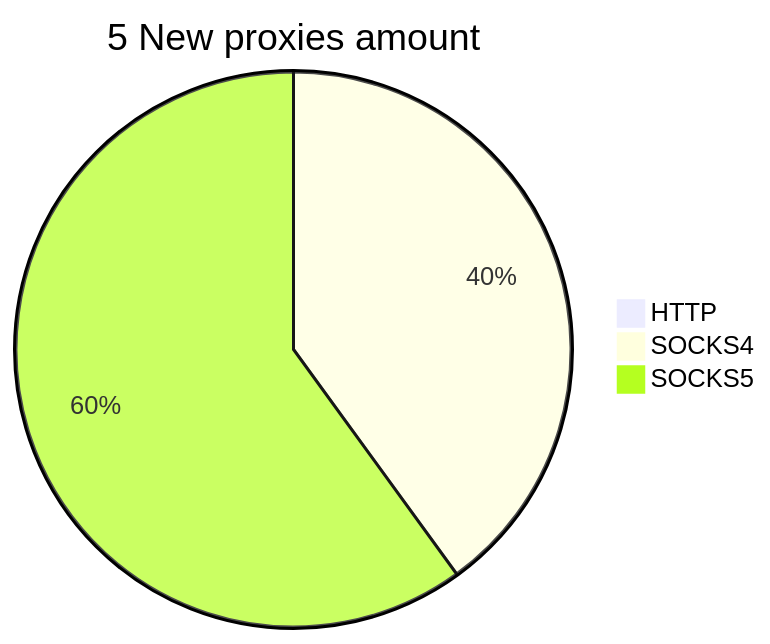
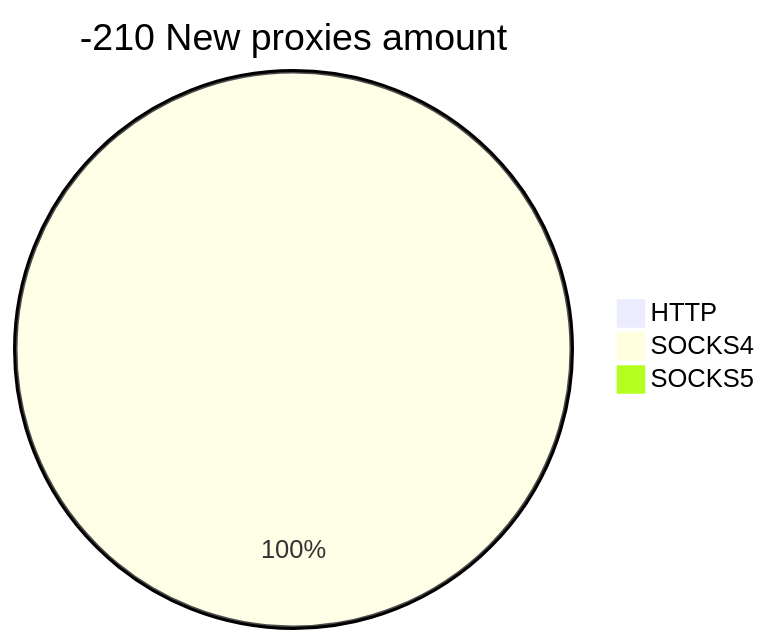
The second of 2 diagrams in README.md (cutipu/proxylist), drawn with Mermaid before and after one commit. The commit also changed other lines of this file, not shown here.

````diff
--- a/README.md
+++ b/README.md
@@ -10,6 +10,6 @@
 ```mermaid
-pie title 5 New proxies amount
+pie title -210 New proxies amount
     "HTTP" : 0
-    "SOCKS4" : 2
-    "SOCKS5" : 3
+    "SOCKS4" : 1
+    "SOCKS5" : 0
 ```
````
